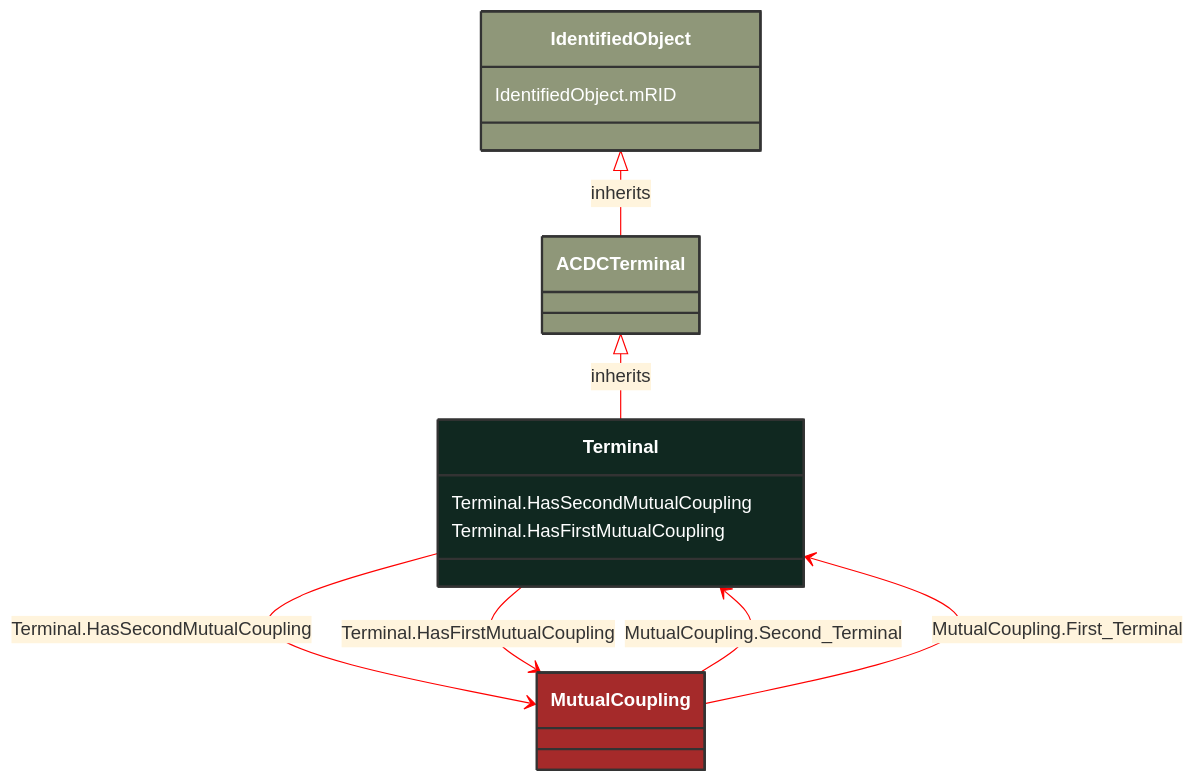
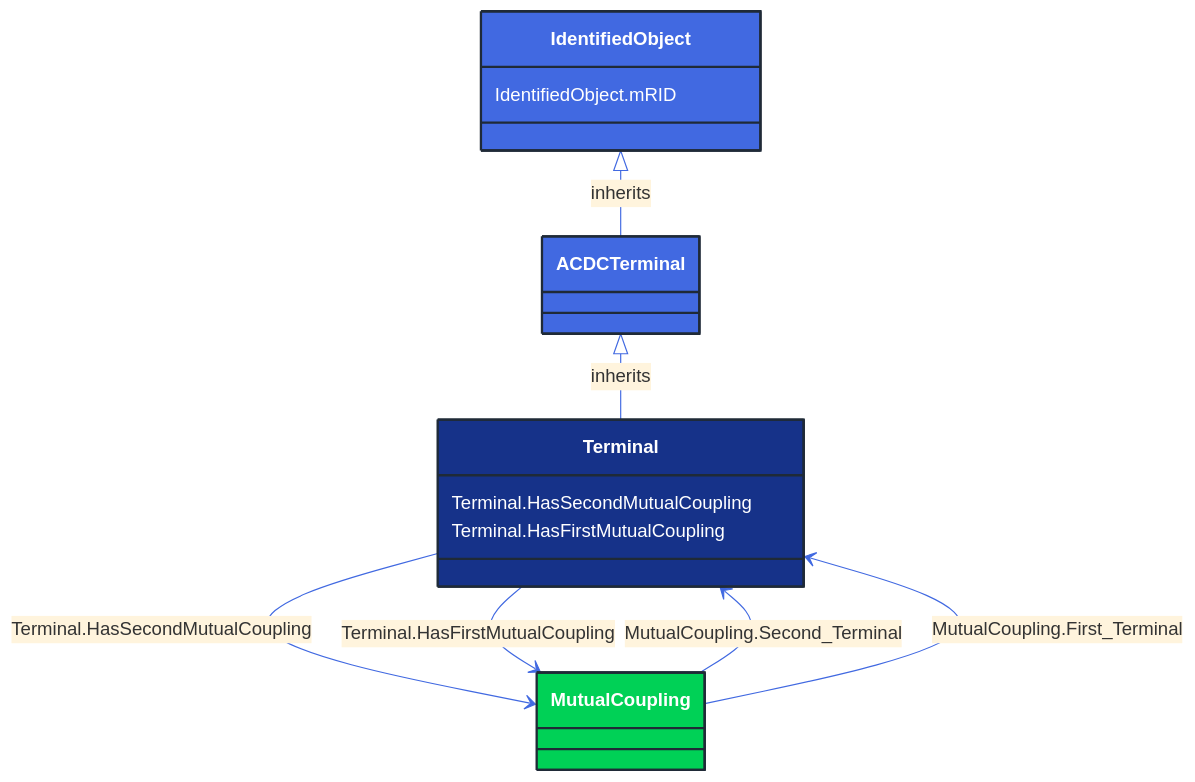
Before and after one commit to 3lbits/NoCIMExtensions: the diagram in docs/Models/Profiles/ShortCircuit/ConcreteClasses/Terminal.md, drawn with Mermaid. The commit also changed 362 other files, not shown here.

First line of the commit message:
Update diagrams and styles for improved visual consistency

````diff
--- a/docs/Models/Profiles/ShortCircuit/ConcreteClasses/Terminal.md
+++ b/docs/Models/Profiles/ShortCircuit/ConcreteClasses/Terminal.md
@@ -8,43 +8,43 @@
 ```mermaid
-%%{init: {'theme':'base','themeVariables': {'lineColor': '#FF0000'}}}%%
+%%{init: {'theme':'base','themeVariables': {'lineColor': '#4169E1'}}}%%
 classDiagram
     class Terminal
     click Terminal href "/Models/Profiles/ShortCircuit/ConcreteClasses/Terminal/"
-    style Terminal fill:#102820,stroke:#333,stroke-width:2px,rx:10,ry:10,color:white
+    style Terminal fill:#163289,stroke:#1F2A37,stroke-width:2px,rx:10,ry:10,color:white
      
         ACDCTerminal <|-- Terminal : inherits
             click ACDCTerminal href "/Models/Profiles/ShortCircuit/AbstractClasses/ACDCTerminal/"
-            style ACDCTerminal fill:#8F9779,stroke:#333,stroke-width:2px,rx:10,ry:10,color:white
+            style ACDCTerminal fill:#4169E1,stroke:#1F2A37,stroke-width:2px,rx:10,ry:10,color:white
      
         IdentifiedObject <|-- ACDCTerminal : inherits
             click IdentifiedObject href "/Models/Profiles/ShortCircuit/AbstractClasses/IdentifiedObject/"
-            style IdentifiedObject fill:#8F9779,stroke:#333,stroke-width:2px,rx:10,ry:10,color:white
+            style IdentifiedObject fill:#4169E1,stroke:#1F2A37,stroke-width:2px,rx:10,ry:10,color:white
 
         Terminal --> MutualCoupling : Terminal.HasSecondMutualCoupling
 
         MutualCoupling
             click MutualCoupling href "/Models/Profiles/ShortCircuit/ConcreteClasses/MutualCoupling/"
-            style MutualCoupling fill:#A52A2A,stroke:#333,stroke-width:2px,rx:10,ry:10,color:white
+            style MutualCoupling fill:#00D156,stroke:#1F2A37,stroke-width:2px,rx:10,ry:10,color:white
         Terminal --> MutualCoupling : Terminal.HasFirstMutualCoupling
 
         MutualCoupling
             click MutualCoupling href "/Models/Profiles/ShortCircuit/ConcreteClasses/MutualCoupling/"
-            style MutualCoupling fill:#A52A2A,stroke:#333,stroke-width:2px,rx:10,ry:10,color:white
+            style MutualCoupling fill:#00D156,stroke:#1F2A37,stroke-width:2px,rx:10,ry:10,color:white
 
         MutualCoupling --> Terminal : MutualCoupling.Second_Terminal
 
         MutualCoupling
             click MutualCoupling href "/Models/Profiles/ShortCircuit/ConcreteClasses/MutualCoupling/"
-            style MutualCoupling fill:#A52A2A,stroke:#333,stroke-width:2px,rx:10,ry:10,color:white
+            style MutualCoupling fill:#00D156,stroke:#1F2A37,stroke-width:2px,rx:10,ry:10,color:white
 
         MutualCoupling --> Terminal : MutualCoupling.First_Terminal
 
         MutualCoupling
             click MutualCoupling href "/Models/Profiles/ShortCircuit/ConcreteClasses/MutualCoupling/"
-            style MutualCoupling fill:#A52A2A,stroke:#333,stroke-width:2px,rx:10,ry:10,color:white
+            style MutualCoupling fill:#00D156,stroke:#1F2A37,stroke-width:2px,rx:10,ry:10,color:white
 
 
         Terminal : Terminal.HasSecondMutualCoupling
         Terminal : Terminal.HasFirstMutualCoupling
         IdentifiedObject : IdentifiedObject.mRID
 ```
````
